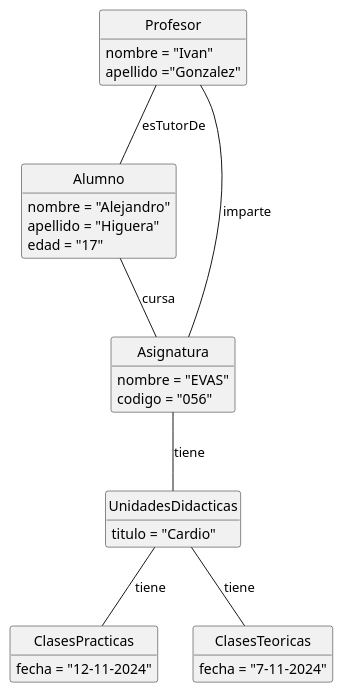
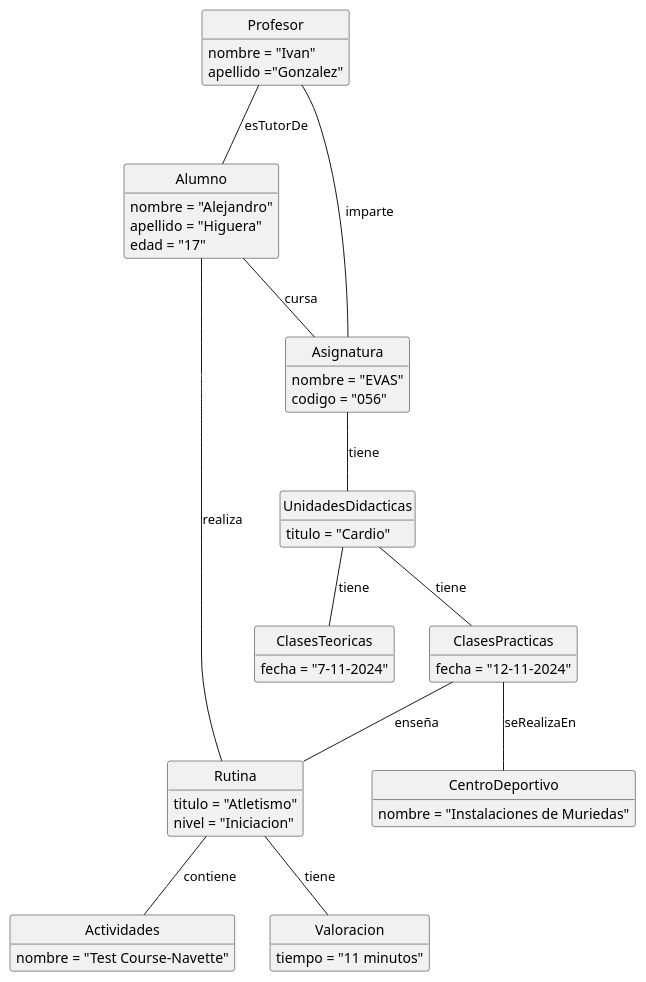
The diagram in Documentos/diagramaDeObjetos/diagramaDeObjetos.puml (mmasias/24-25-IdSw1-SDR), drawn with PlantUML before and after one commit.

```diff
--- a/Documentos/diagramaDeObjetos/diagramaDeObjetos.puml
+++ b/Documentos/diagramaDeObjetos/diagramaDeObjetos.puml
@@ -1,41 +1,64 @@
 @startuml evas
 
 hide circle
 hide empty members
 
 class Profesor {
     nombre = "Ivan"
     apellido ="Gonzalez"
 }
 
 class Alumno {
     nombre = "Alejandro"
     apellido = "Higuera"
     edad = "17"
 }
 
 class Asignatura {
     nombre = "EVAS"
     codigo = "056"
 }
 
 class UnidadesDidacticas {
     titulo = "Cardio"
 }
 
 class ClasesPracticas {
     fecha = "12-11-2024"
 }
 
 class ClasesTeoricas {
     fecha = "7-11-2024"
 }
 
+class CentroDeportivo {
+    nombre = "Instalaciones de Muriedas"
+}
+
+class Rutina {
+    titulo = "Atletismo"
+    nivel = "Iniciacion"
+}
+
+class Actividades {
+    nombre = "Test Course-Navette"
+}
+
+class Valoracion {
+    tiempo = "11 minutos"
+}
+
+
 Profesor -- Alumno : esTutorDe
 Profesor -- Asignatura : imparte
 Asignatura -- UnidadesDidacticas : tiene
 UnidadesDidacticas -- ClasesPracticas : tiene
 UnidadesDidacticas -- ClasesTeoricas : tiene
 Alumno -- Asignatura : cursa
+ClasesPracticas -- CentroDeportivo : seRealizaEn
+ClasesPracticas -- Rutina : enseña
+Rutina -- Actividades : contiene
+Rutina -- Valoracion: tiene
+Alumno -- Rutina: realiza
 
 @enduml
```
